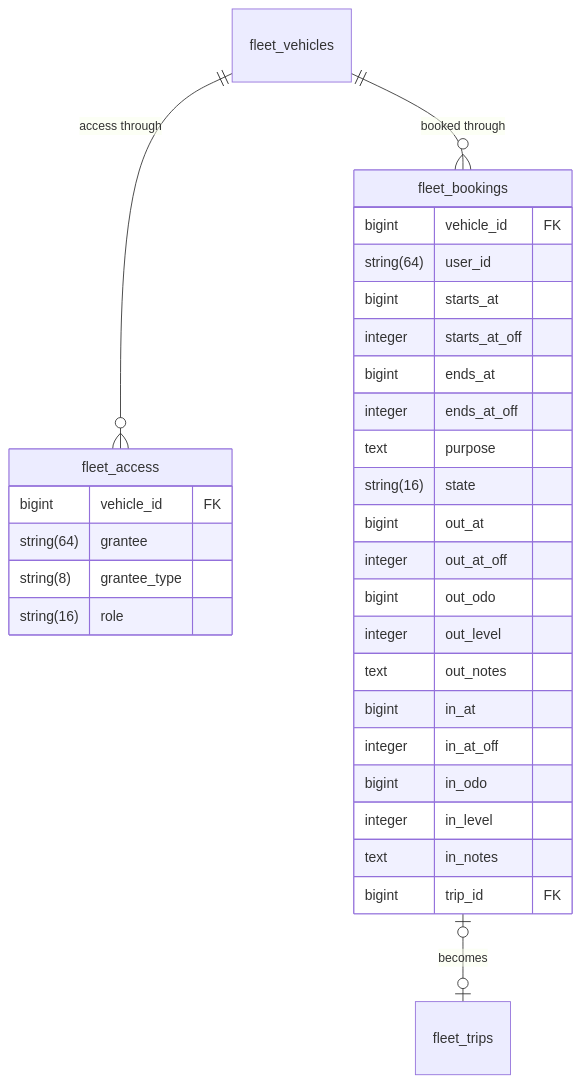
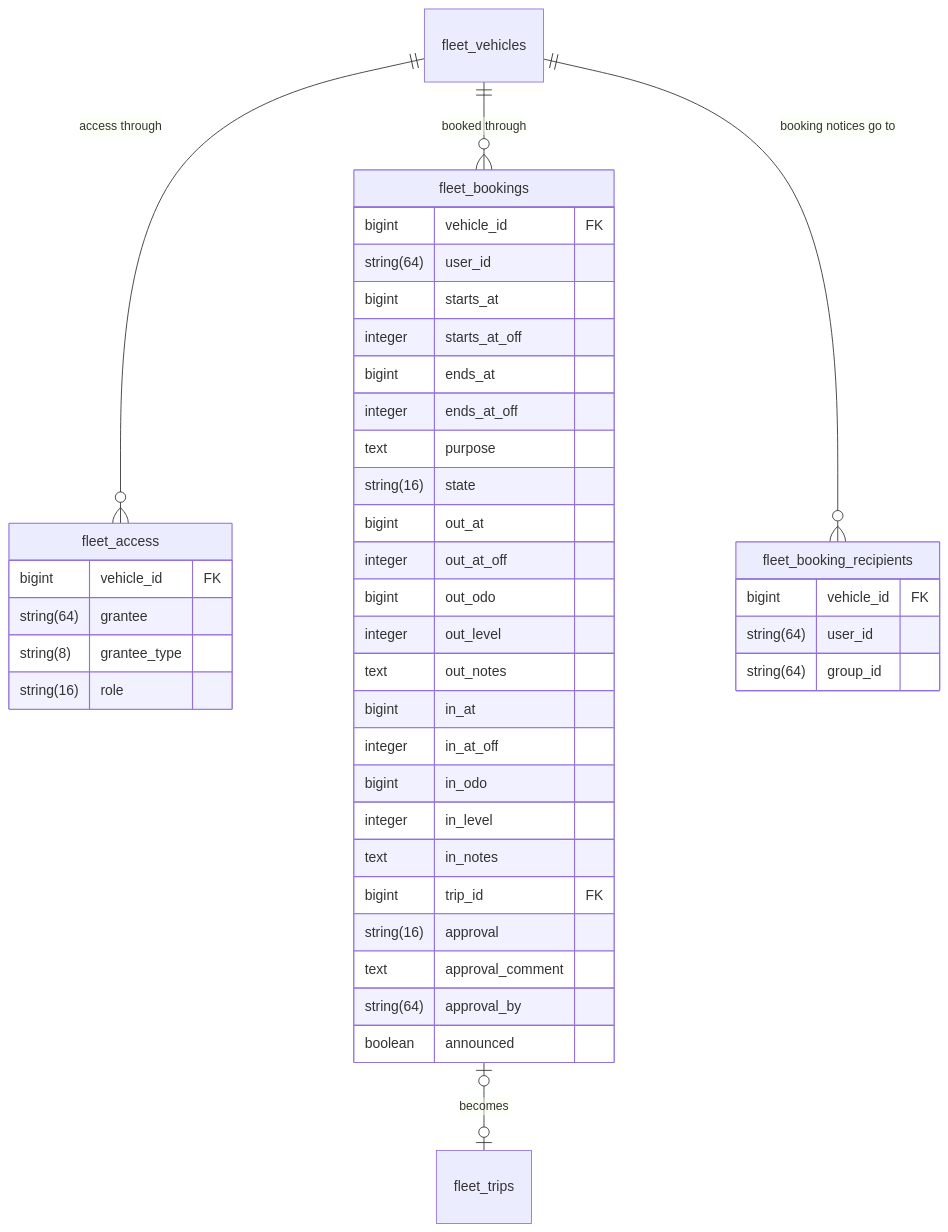
The fourth of 5 diagrams in docs/design/data-model.md (typical42/next-fleet), drawn with Mermaid before and after one commit. The commit also changed other lines of this file and 177 other files, not shown here.

````diff
--- a/docs/design/data-model.md
+++ b/docs/design/data-model.md
@@ -201,34 +207,45 @@
 ```mermaid
 erDiagram
     fleet_vehicles ||--o{ fleet_access : "access through"
     fleet_vehicles ||--o{ fleet_bookings : "booked through"
+    fleet_vehicles ||--o{ fleet_booking_recipients : "booking notices go to"
     fleet_bookings |o--o| fleet_trips : "becomes"
+
+    fleet_booking_recipients {
+        bigint vehicle_id FK
+        string(64) user_id
+        string(64) group_id
+    }
 
     fleet_access {
         bigint vehicle_id FK
         string(64) grantee
         string(8) grantee_type
         string(16) role
     }
     fleet_bookings {
         bigint vehicle_id FK
         string(64) user_id
         bigint starts_at
         integer starts_at_off
         bigint ends_at
         integer ends_at_off
         text purpose
         string(16) state
         bigint out_at
         integer out_at_off
         bigint out_odo
         integer out_level
         text out_notes
         bigint in_at
         integer in_at_off
         bigint in_odo
         integer in_level
         text in_notes
         bigint trip_id FK
+        string(16) approval
+        text approval_comment
+        string(64) approval_by
+        boolean announced
     }
 ```
````
